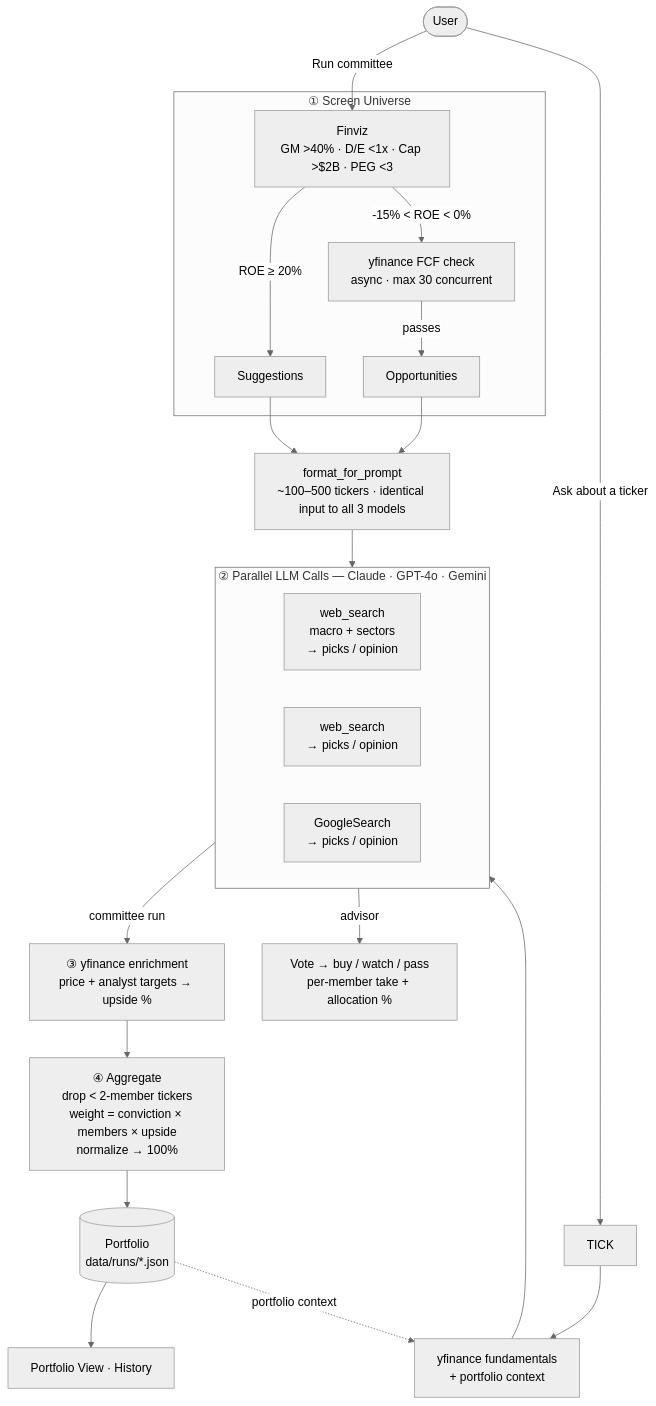
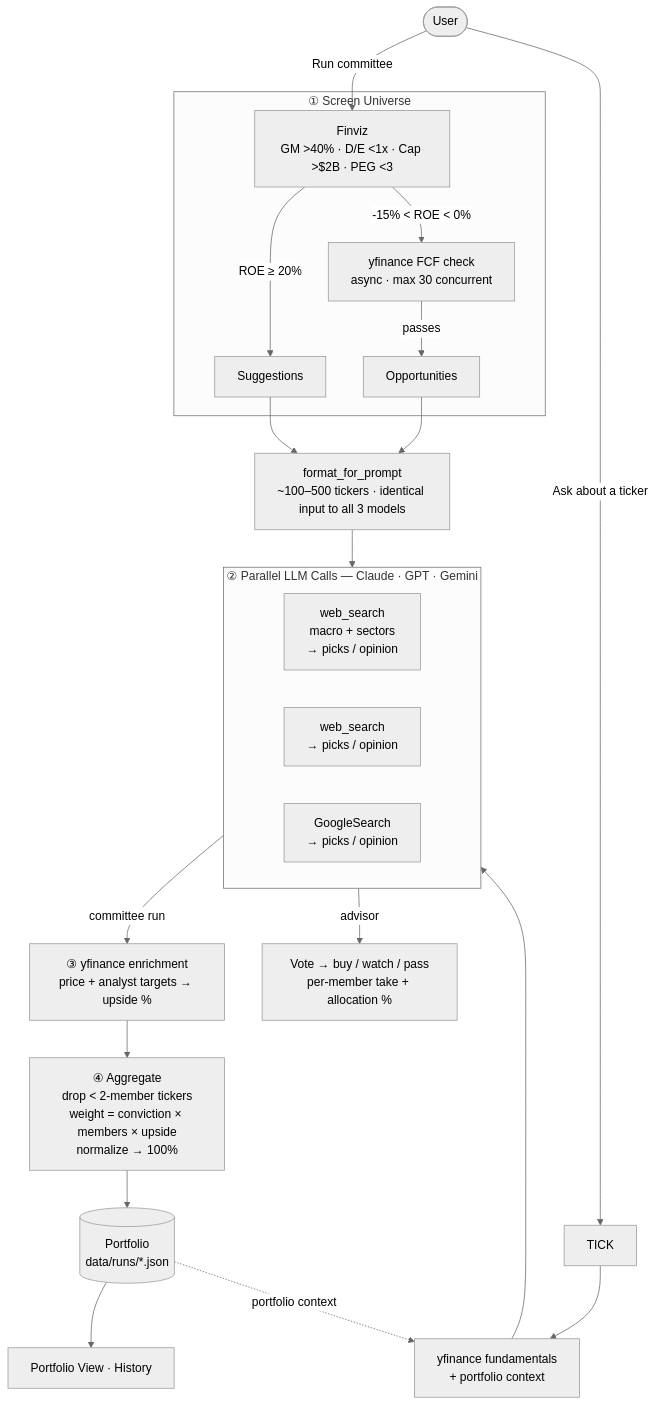
One commit to yvassiliadis/yv-playground changed the diagram in projects/investment-portfolio/README.md. Above: the diagram before and after it, drawn with Mermaid (neutral theme). The commit also changed 7 other files, not shown here.

````diff
--- a/projects/investment-portfolio/README.md
+++ b/projects/investment-portfolio/README.md
@@ -32,36 +32,36 @@
 ```mermaid
 flowchart TD
     U(["User"]) -->|"Run committee"| FV
     U -->|"Ask about a ticker"| TICK
 
     subgraph SCREEN["① Screen Universe"]
         FV["Finviz<br/>GM >40% · D/E <1x · Cap >$2B · PEG <3"]
         FV -->|"ROE ≥ 20%"| SG[Suggestions]
         FV -->|"-15% < ROE < 0%"| FCF["yfinance FCF check<br/>async · max 30 concurrent"]
         FCF -->|passes| OP[Opportunities]
     end
 
     SG & OP --> FMT["format_for_prompt<br/>~100–500 tickers · identical input to all 3 models"]
 
     TICK --> FUND["yfinance fundamentals<br/>+ portfolio context"]
 
-    subgraph LLM["② Parallel LLM Calls — Claude · GPT-4o · Gemini"]
+    subgraph LLM["② Parallel LLM Calls — Claude · GPT · Gemini"]
         direction LR
         CL["web_search<br/>macro + sectors<br/>→ picks / opinion"]
         GP["web_search<br/>→ picks / opinion"]
         GE["GoogleSearch<br/>→ picks / opinion"]
     end
 
     FMT --> LLM
     FUND --> LLM
 
     LLM -->|committee run| ENR["③ yfinance enrichment<br/>price + analyst targets → upside %"]
     LLM -->|advisor| VOTE["Vote → buy / watch / pass<br/>per-member take + allocation %"]
 
     ENR --> AGG["④ Aggregate<br/>drop < 2-member tickers<br/>weight = conviction × members × upside<br/>normalize → 100%"]
 
     AGG --> PORT[("Portfolio<br/>data/runs/*.json")]
     PORT --> VIEW["Portfolio View · History"]
 
     PORT -.->|"portfolio context"| FUND
 ```
````
